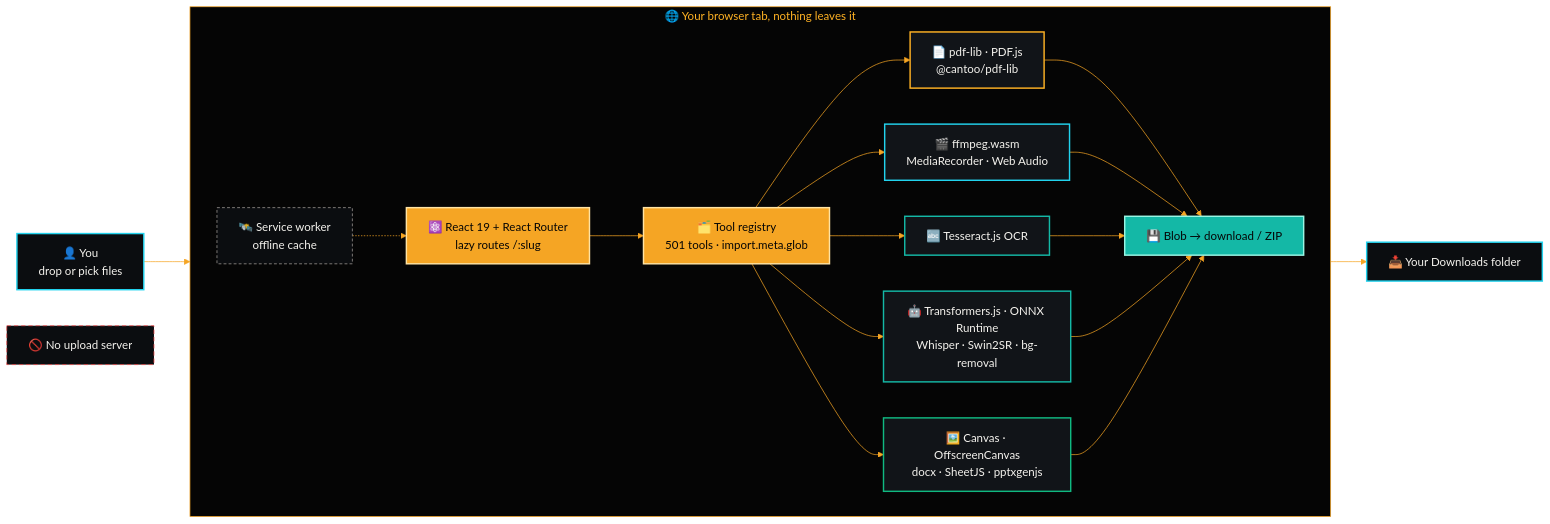
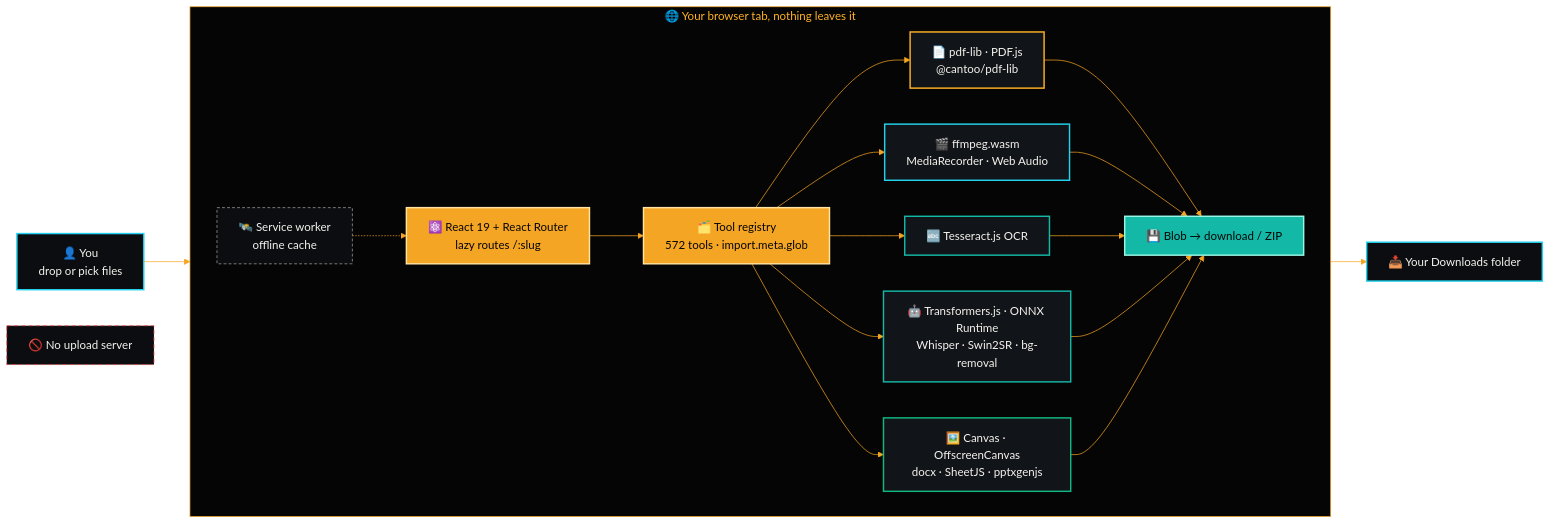
The fourth of 8 diagrams in README.md (aniruddhaadak80/OpenFile), drawn with Mermaid before and after one commit. The commit also changed other lines of this file and 318 other files, not shown here.

````diff
--- a/README.md
+++ b/README.md
@@ -1440,31 +1519,31 @@
 ```mermaid
 %%{init: {'theme':'base','themeVariables':{'fontFamily':'system-ui, sans-serif','lineColor':'#F5A524','primaryTextColor':'#F5F3EE','clusterBkg':'#050505','clusterBorder':'#F5A524','titleColor':'#FFB224'}}}%%
 flowchart LR
     U["👤 You<br/>drop or pick files"]:::user --> BR
     subgraph BR["🌐 Your browser tab, nothing leaves it"]
         direction LR
-        RR["⚛️ React 19 + React Router<br/>lazy routes /:slug"]:::ui --> REG["🗂️ Tool registry<br/>501 tools · import.meta.glob"]:::ui
+        RR["⚛️ React 19 + React Router<br/>lazy routes /:slug"]:::ui --> REG["🗂️ Tool registry<br/>572 tools · import.meta.glob"]:::ui
         REG --> E1["📄 pdf-lib · PDF.js<br/>@cantoo/pdf-lib"]:::pdf
         REG --> E2["🎬 ffmpeg.wasm<br/>MediaRecorder · Web Audio"]:::media
         REG --> E3["🔤 Tesseract.js OCR"]:::ai
         REG --> E4["🤖 Transformers.js · ONNX Runtime<br/>Whisper · Swin2SR · bg-removal"]:::ai
         REG --> E5["🖼️ Canvas · OffscreenCanvas<br/>docx · SheetJS · pptxgenjs"]:::img
         E1 --> OUT["💾 Blob → download / ZIP"]:::out
         E2 --> OUT
         E3 --> OUT
         E4 --> OUT
         E5 --> OUT
         SW["🛰️ Service worker<br/>offline cache"]:::sw -.-> RR
     end
     OUT --> D["📥 Your Downloads folder"]:::user
     NS["🚫 No upload server"]:::none
     classDef user fill:#0B0D10,stroke:#22D3EE,color:#F5F3EE,stroke-width:2px
     classDef ui fill:#F5A524,stroke:#FFE3A3,color:#050505,stroke-width:2px
     classDef pdf fill:#111418,stroke:#FFB224,color:#F5F3EE,stroke-width:2px
     classDef media fill:#111418,stroke:#22D3EE,color:#F5F3EE,stroke-width:2px
     classDef ai fill:#111418,stroke:#14B8A6,color:#F5F3EE,stroke-width:2px
     classDef img fill:#111418,stroke:#10B981,color:#F5F3EE,stroke-width:2px
     classDef out fill:#14B8A6,stroke:#99F6E4,color:#050505,stroke-width:2px
     classDef sw fill:#0B0D10,stroke:#A8A29E,color:#F5F3EE,stroke-dasharray:4 3
     classDef none fill:#0B0D10,stroke:#EF4444,color:#F5F3EE,stroke-dasharray:6 4
 ```
````
